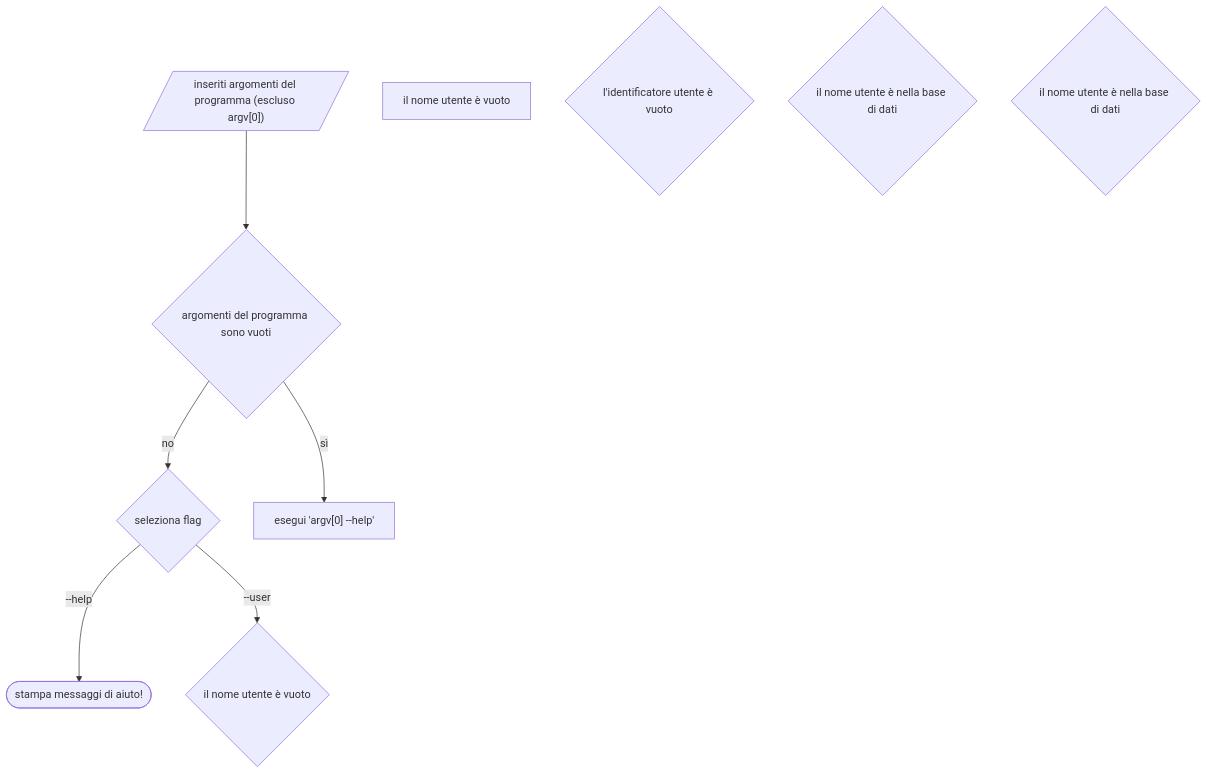
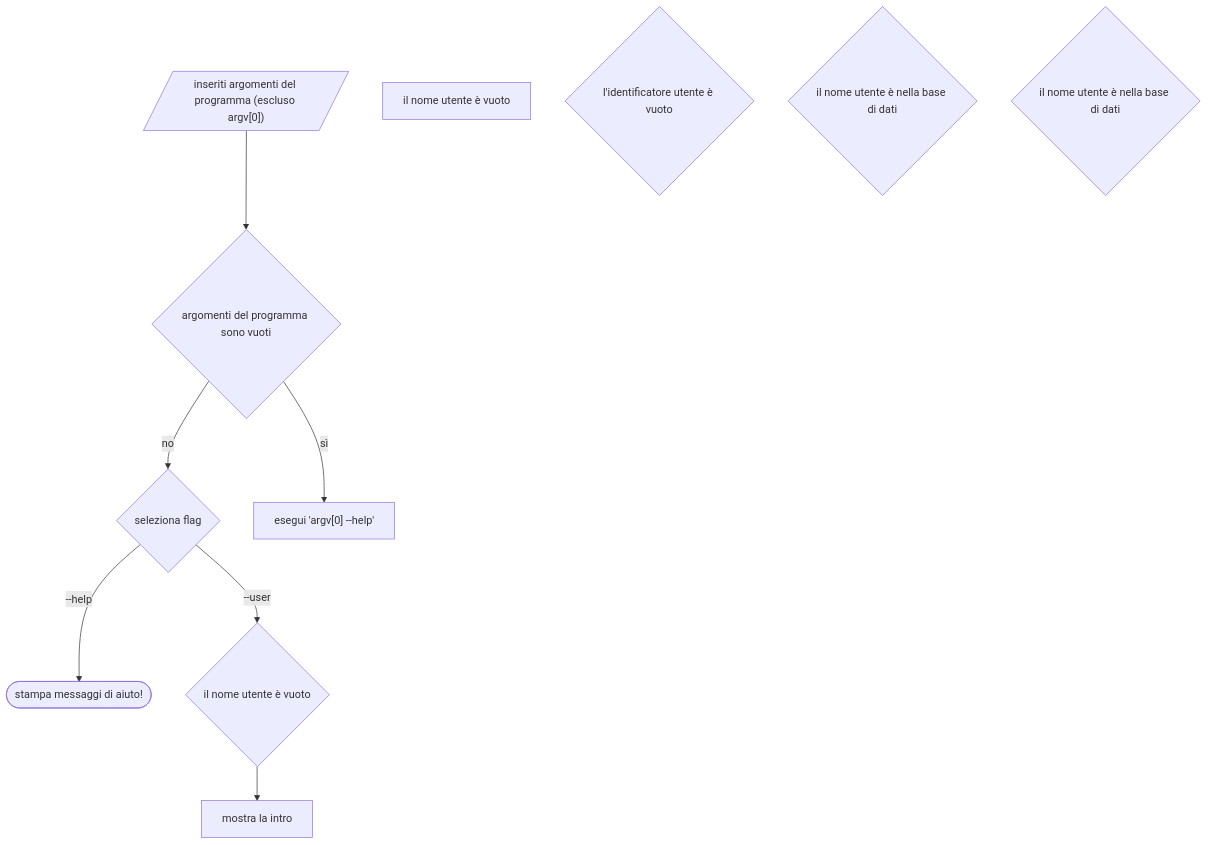
The diagram in organization/markdown/executionModel.md (RegySpecial/regy-special-project), drawn with Mermaid before and after one commit. The commit also changed 22 other files, not shown here.

````diff
--- a/organization/markdown/executionModel.md
+++ b/organization/markdown/executionModel.md
@@ -1,18 +1,21 @@
 ```mermaid
 flowchart
 gameArgumentsInput[/"inseriti argomenti del programma (escluso argv[0])"/]
 gameArgumentsInputSelection{argomenti del programma sono vuoti}
 flagSelection{seleziona flag}
 helpExecution["esegui 'argv[0] --help'"]
 helpCase([stampa messaggi di aiuto!])
 userNameIsEmpty{il nome utente è vuoto}
 emptyUserName[il nome utente è vuoto]
 userIdentifierIsEmpty{l'identificatore utente è vuoto}
 userNameCheckByTheDatabase{il nome utente è nella base di dati}
 userIdentifierCheckByTheDatabase{il nome utente è nella base di dati}
+showIntro[mostra la intro]
+
 gameArgumentsInput-->gameArgumentsInputSelection
 gameArgumentsInputSelection-->|no|flagSelection
 gameArgumentsInputSelection-->|sì|helpExecution
 flagSelection-->|--help|helpCase
 flagSelection-->|--user|userNameIsEmpty
+userNameIsEmpty-->showIntro
 ```
````
